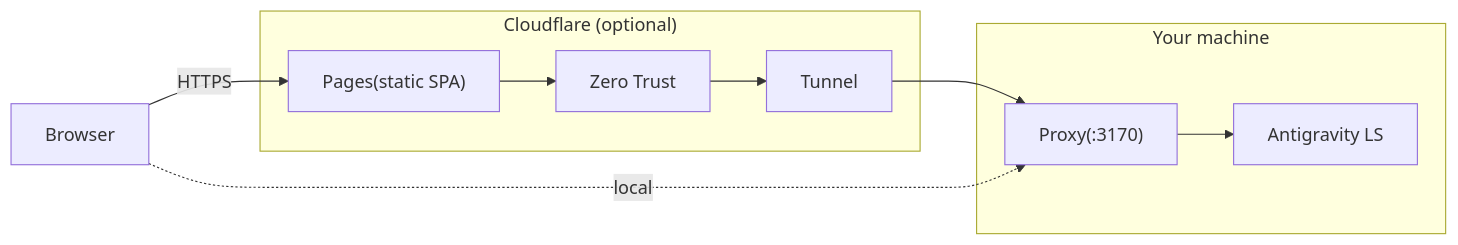
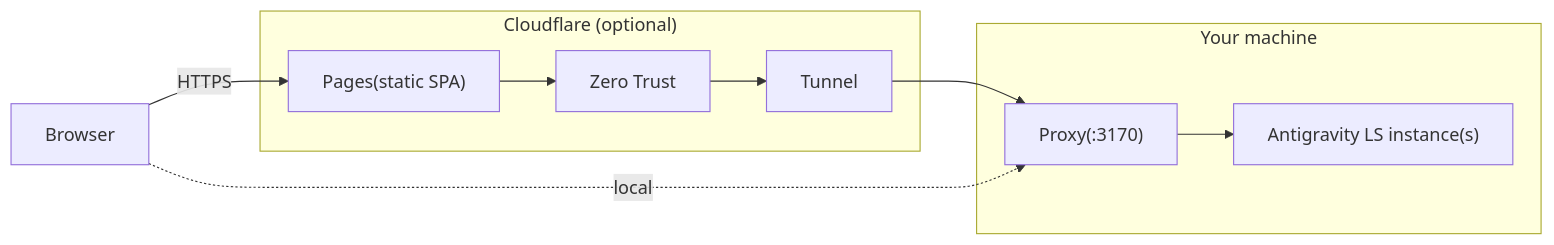
The diagram in README.md (WildenChen/porta), drawn with Mermaid before and after one commit. The commit also changed other lines of this file, not shown here.

````diff
--- a/README.md
+++ b/README.md
@@ -205,18 +219,18 @@
 ```mermaid
 flowchart LR
   Browser
 
   subgraph CF ["Cloudflare (optional)"]
     Pages["Pages(static SPA)"]
     Tunnel
     ZT["Zero Trust"]
   end
 
   subgraph Local ["Your machine"]
     Proxy["Proxy(:3170)"]
-    LS["Antigravity LS"]
+    LS["Antigravity LS instance(s)"]
   end
 
   Browser -- HTTPS --> Pages --> ZT --> Tunnel --> Proxy --> LS
   Browser -. local .-> Proxy
 ```
````
